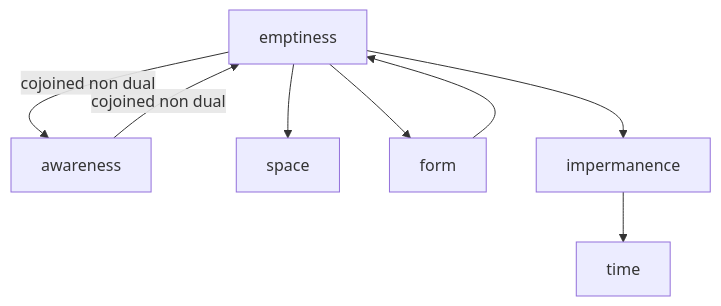
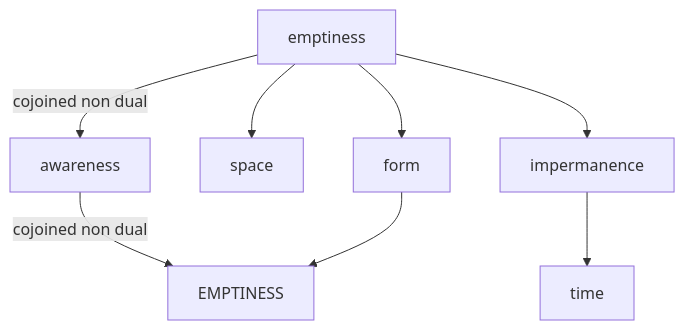
The diagram in docs/emptiness.md (shane0/shane0.github.io), drawn with Mermaid before and after one commit. The commit also changed other lines of this file and 29 other files, not shown here.

````diff
--- a/docs/emptiness.md
+++ b/docs/emptiness.md
@@ -18,10 +18,10 @@
 ```mermaid
 graph
 emptiness -- cojoined non dual --> awareness
-awareness -- cojoined non dual --> emptiness 
+awareness -- cojoined non dual --> EMPTINESS 
 emptiness --> space
 emptiness --> form  
-form --> emptiness 
+form --> EMPTINESS 
 emptiness --> impermanence 
 impermanence --> time
 ```
````
